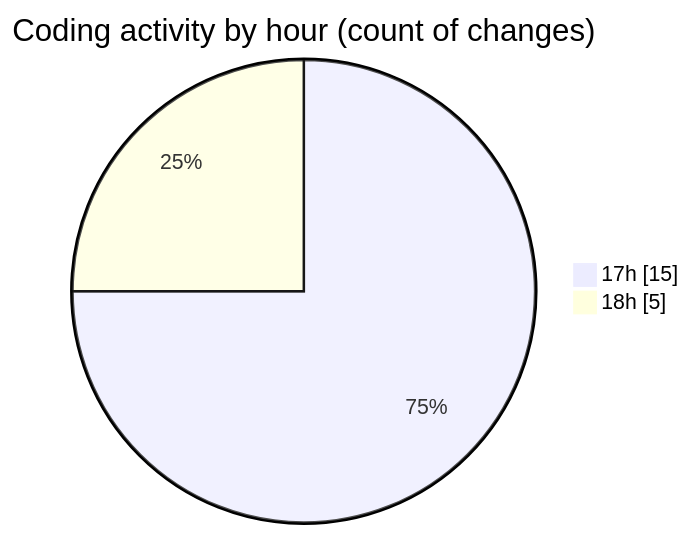
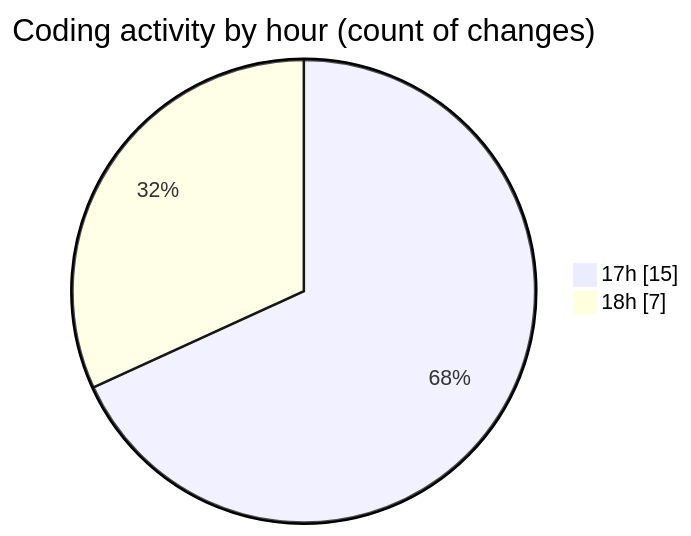
One commit to Unknowalive/code-tracking changed the second of 2 diagrams in 2026-08-27/immersive_codes/README.md. Above: the diagram before and after it, drawn with Mermaid. The commit also changed other lines of this file and 1 other file, not shown here.

````diff
--- a/2026-08-27/immersive_codes/README.md
+++ b/2026-08-27/immersive_codes/README.md
@@ -31,6 +32,6 @@
 ```mermaid
 pie showData
 title Coding activity by hour (count of changes)
 "17h" : 15
-"18h" : 5
+"18h" : 7
 ```
````
